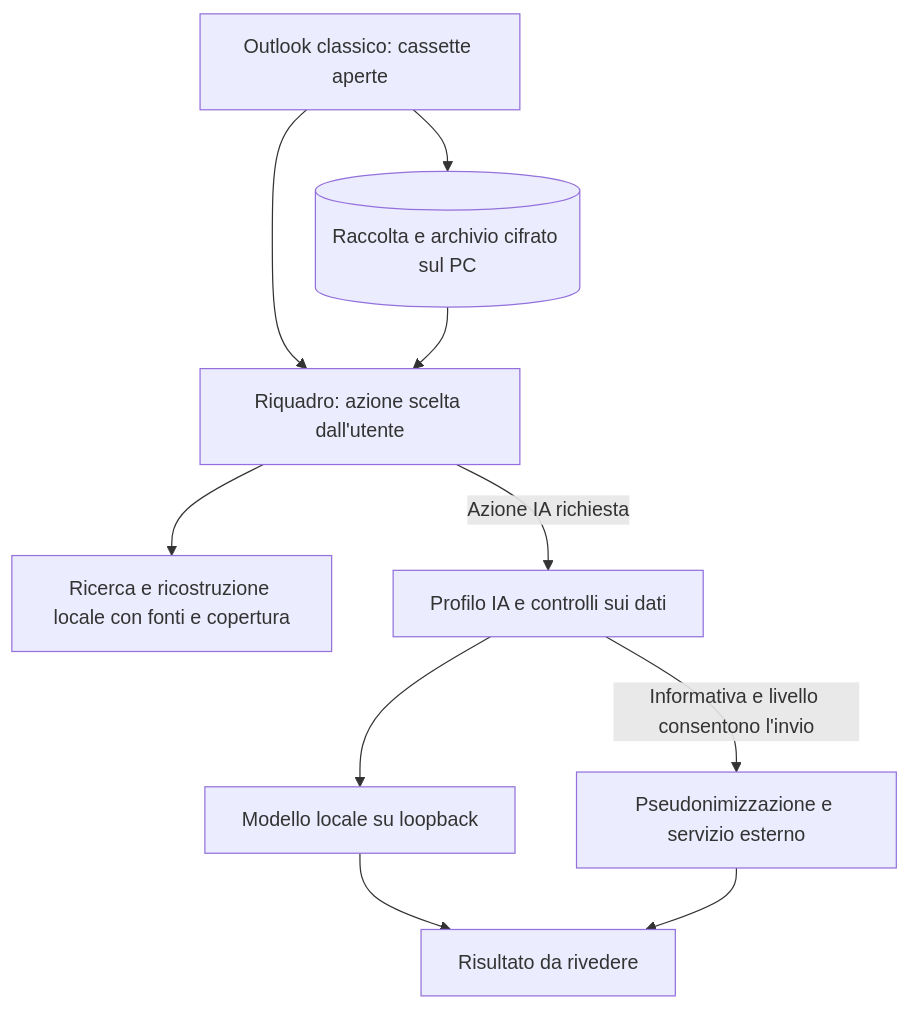
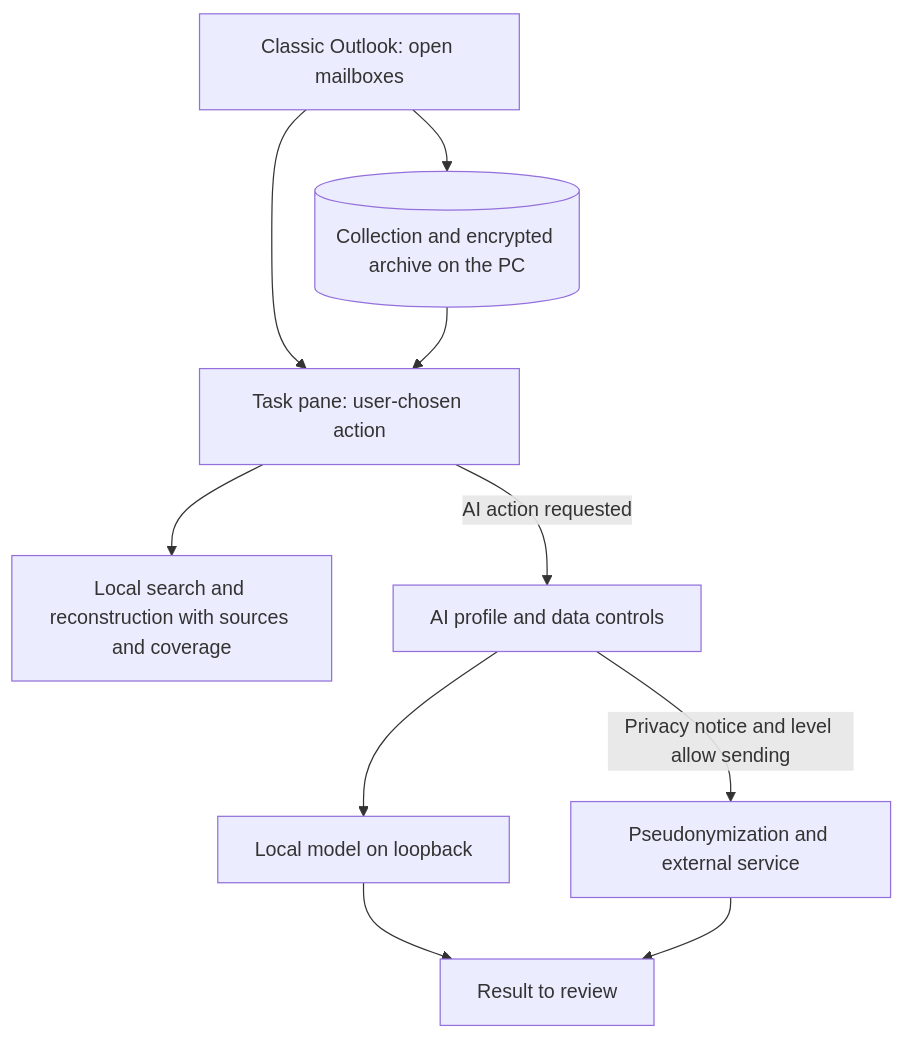
Before and after one commit to dennidalpos/OnlyWorkspace: the diagram in README.md, drawn with Mermaid. The commit also changed other lines of this file and 2 other files, not shown here.

````diff
--- a/README.md
+++ b/README.md
@@ -20,12 +20,12 @@
 ```mermaid
 flowchart TD
-    O["Outlook classico: cassette aperte"] --> D[("Raccolta e archivio cifrato sul PC")]
-    O --> R["Riquadro: azione scelta dall'utente"]
+    O["Classic Outlook: open mailboxes"] --> D[("Collection and encrypted archive on the PC")]
+    O --> R["Task pane: user-chosen action"]
     D --> R
-    R --> V["Ricerca e ricostruzione locale con fonti e copertura"]
-    R -->|"Azione IA richiesta"| M["Profilo IA e controlli sui dati"]
-    M --> L["Modello locale su loopback"]
-    M -->|"Informativa e livello consentono l'invio"| C["Pseudonimizzazione e servizio esterno"]
-    L --> E["Risultato da rivedere"]
+    R --> V["Local search and reconstruction with sources and coverage"]
+    R -->|"AI action requested"| M["AI profile and data controls"]
+    M --> L["Local model on loopback"]
+    M -->|"Privacy notice and level allow sending"| C["Pseudonymization and external service"]
+    L --> E["Result to review"]
     C --> E
 ```
````
